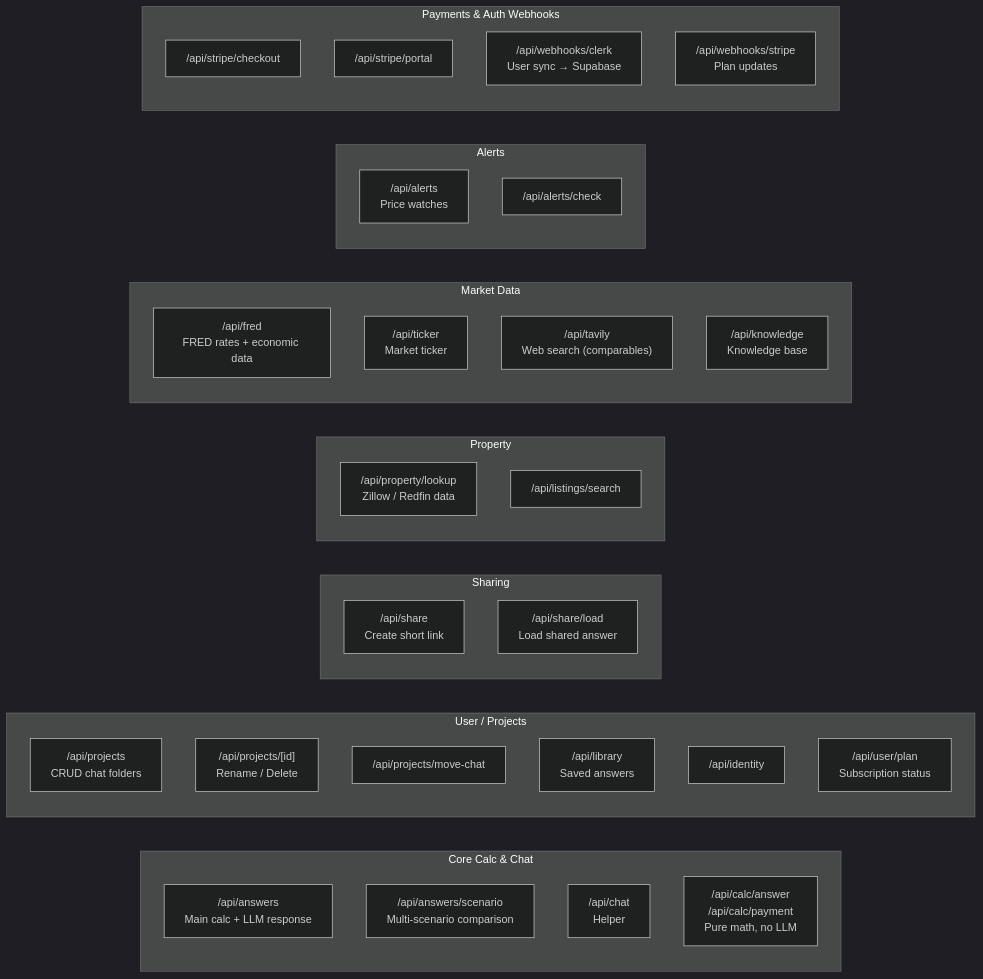
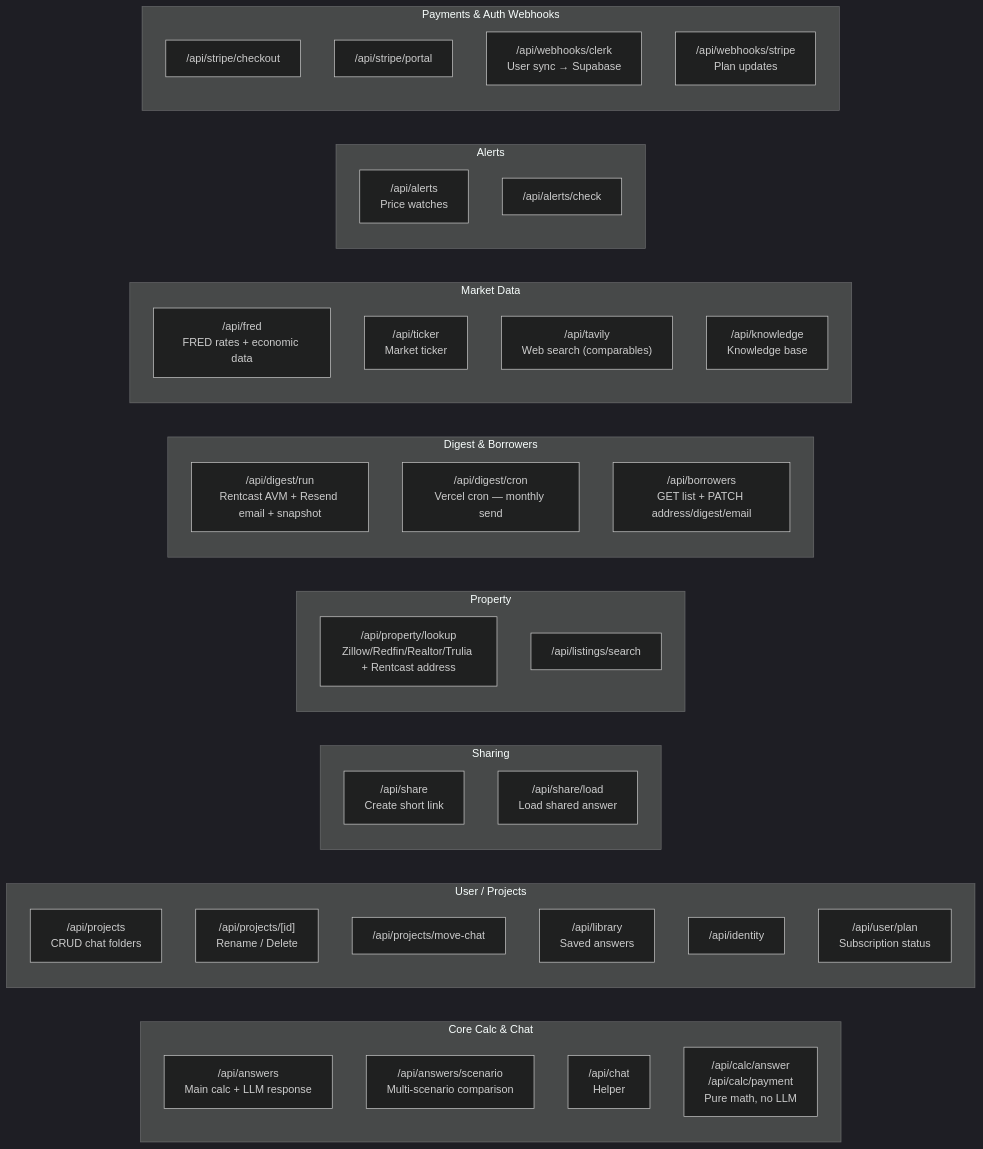
One commit to homerates/ui-good changed the fourth of 9 diagrams in docs/ui-architecture.md. Above: the diagram before and after it, drawn with Mermaid (dark theme). The commit also changed other lines of this file and 3 other files, not shown here.

````diff
--- a/docs/ui-architecture.md
+++ b/docs/ui-architecture.md
@@ -107,47 +107,53 @@
 ```mermaid
 graph LR
     subgraph CORE["Core Calc & Chat"]
         ANS["/api/answers\nMain calc + LLM response"]
         ANSS["/api/answers/scenario\nMulti-scenario comparison"]
         CHAT["/api/chat\nHelper"]
         CALC["/api/calc/answer\n/api/calc/payment\nPure math, no LLM"]
     end
 
     subgraph USER["User / Projects"]
         PROJ["/api/projects\nCRUD chat folders"]
         PROJ2["/api/projects/[id]\nRename / Delete"]
         MOVE["/api/projects/move-chat"]
         LIB["/api/library\nSaved answers"]
         IDENT["/api/identity"]
         PLAN["/api/user/plan\nSubscription status"]
     end
 
     subgraph SHARE["Sharing"]
         SH["/api/share\nCreate short link"]
         SHL["/api/share/load\nLoad shared answer"]
     end
 
     subgraph PROPERTY["Property"]
-        PROP["/api/property/lookup\nZillow / Redfin data"]
+        PROP["/api/property/lookup\nZillow/Redfin/Realtor/Trulia + Rentcast address"]
         LIST["/api/listings/search"]
+    end
+
+    subgraph DIGEST["Digest & Borrowers"]
+        DRN["/api/digest/run\nRentcast AVM + Resend email + snapshot"]
+        DCR["/api/digest/cron\nVercel cron — monthly send"]
+        BOR["/api/borrowers\nGET list + PATCH address/digest/email"]
     end
 
     subgraph MARKET["Market Data"]
         FRED["/api/fred\nFRED rates + economic data"]
         TICK["/api/ticker\nMarket ticker"]
         TAV["/api/tavily\nWeb search (comparables)"]
         KNOW["/api/knowledge\nKnowledge base"]
     end
 
     subgraph ALERTS["Alerts"]
         ALT["/api/alerts\nPrice watches"]
         ALTC["/api/alerts/check"]
     end
 
     subgraph PAYMENTS["Payments & Auth Webhooks"]
         SCO["/api/stripe/checkout"]
         SPO["/api/stripe/portal"]
         WCL["/api/webhooks/clerk\nUser sync → Supabase"]
         WST["/api/webhooks/stripe\nPlan updates"]
     end
 ```
````
